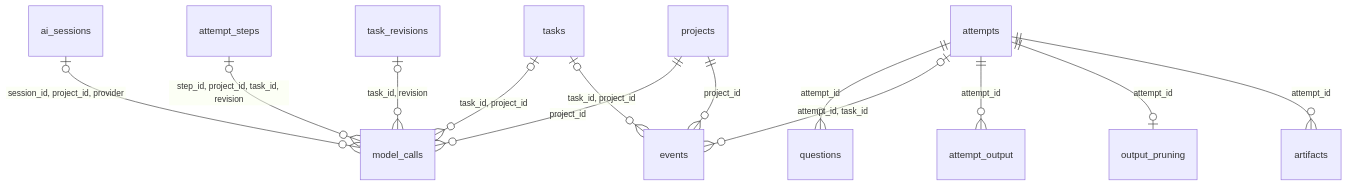
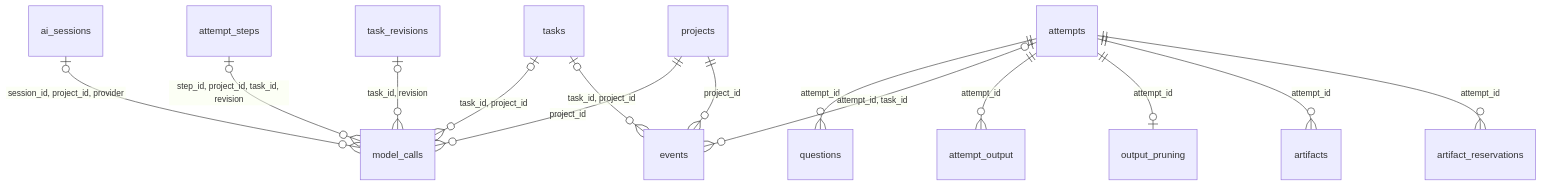
Before and after one commit to IllyaYalovyy/ktask-rs: the third of 3 diagrams in docs/STORAGE.md, drawn with Mermaid. The commit also changed other lines of this file and 23 other files, not shown here.

````diff
--- a/docs/STORAGE.md
+++ b/docs/STORAGE.md
@@ -196,15 +196,16 @@
 ```mermaid
 erDiagram
     ai_sessions o|--o{ model_calls : "session_id, project_id, provider"
     attempt_steps o|--o{ model_calls : "step_id, project_id, task_id, revision"
     task_revisions o|--o{ model_calls : "task_id, revision"
     tasks o|--o{ model_calls : "task_id, project_id"
     projects ||--o{ model_calls : "project_id"
     attempts ||--o{ questions : "attempt_id"
     attempts o|--o{ events : "attempt_id, task_id"
     tasks o|--o{ events : "task_id, project_id"
     projects ||--o{ events : "project_id"
     attempts ||--o{ attempt_output : "attempt_id"
     attempts ||--o| output_pruning : "attempt_id"
     attempts ||--o{ artifacts : "attempt_id"
+    attempts ||--o{ artifact_reservations : "attempt_id"
 ```
````
